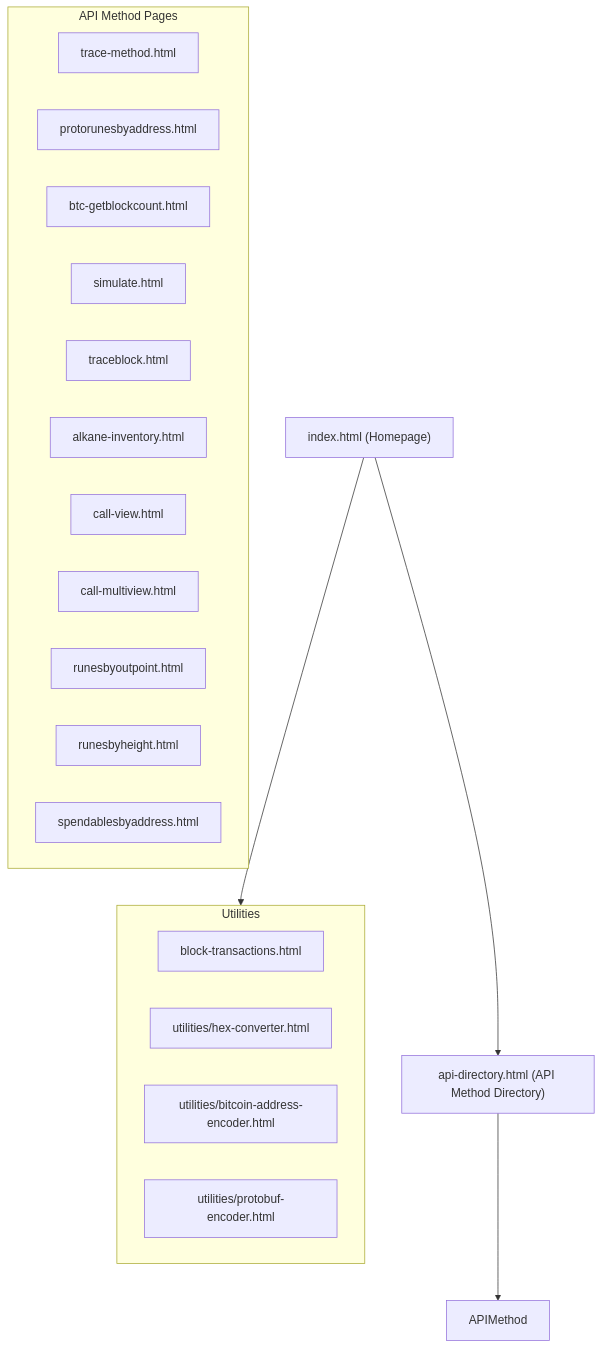
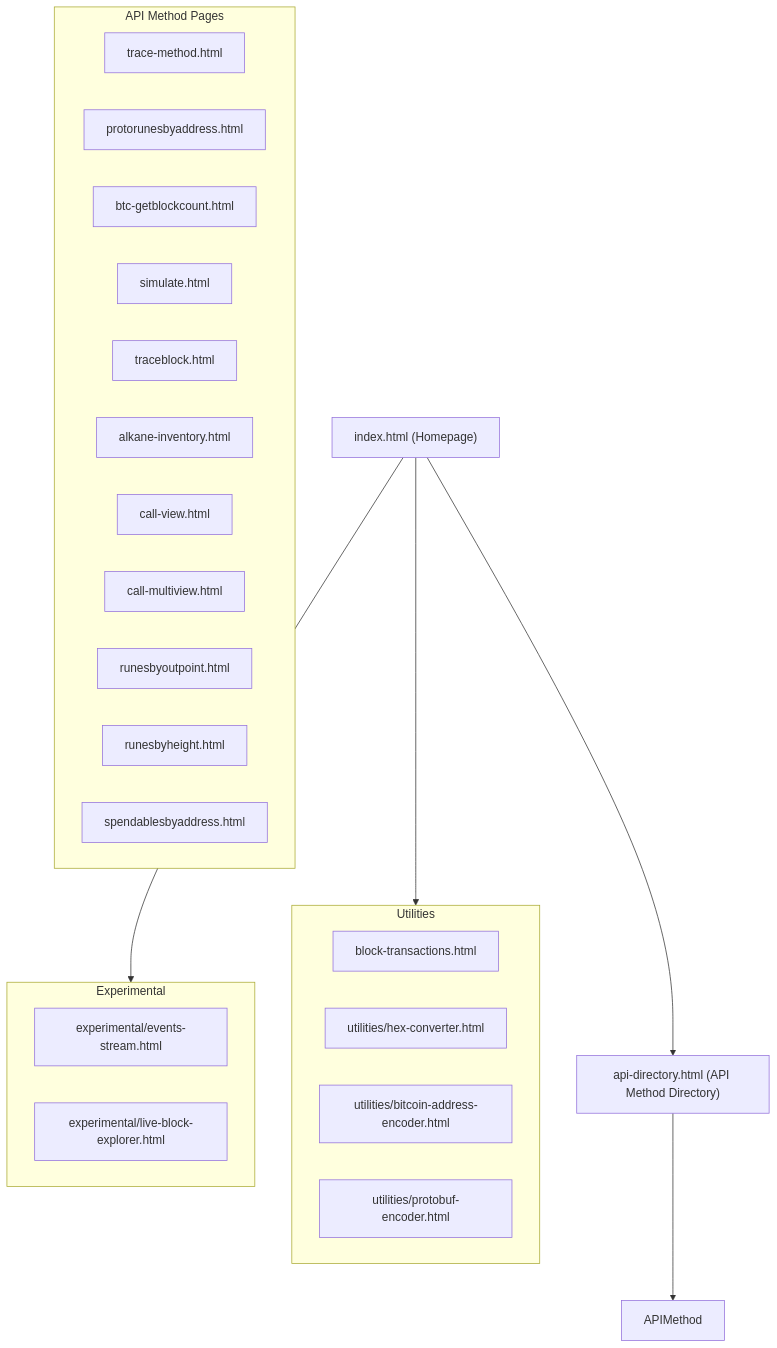
One commit to applewoodsmokedham/metagraph changed the diagram in docs/PRD.md. Above: the diagram before and after it, drawn with Mermaid. The commit also changed other lines of this file, not shown here.

First line of the commit message:
Move Events Stream to Experimental section in PRD

````diff
--- a/docs/PRD.md
+++ b/docs/PRD.md
@@ -17,33 +17,39 @@
 ```mermaid
 graph TD
     HomePage["index.html (Homepage)"]
     APIDirectory["api-directory.html (API Method Directory)"]
     
     subgraph "API Method Pages"
         TraceMethod["trace-method.html"]
         ProtorunesByAddress["protorunesbyaddress.html"]
         MetashrewHeight["btc-getblockcount.html"]
         Simulate["simulate.html"]
         TraceBlock["traceblock.html"]
         AlkaneInventory["alkane-inventory.html"]
         CallView["call-view.html"]
         CallMultiview["call-multiview.html"]
         RunesByOutpoint["runesbyoutpoint.html"]
         RunesByHeight["runesbyheight.html"]
         Spendables["spendablesbyaddress.html"]
     end
     
     subgraph "Utilities"
         BlockTransactions["block-transactions.html"]
         HexConverter["utilities/hex-converter.html"]
         BitcoinAddressEncoder["utilities/bitcoin-address-encoder.html"]
         ProtobufEncoder["utilities/protobuf-encoder.html"]
     end
     
+    subgraph "Experimental"
+        EventsStreamVisual["experimental/events-stream.html"]
+        LiveBlockExplorer["experimental/live-block-explorer.html"]
+    end
+    
     HomePage --> APIDirectory
     HomePage --> Utilities
+    HomePage --> Experimental
     APIDirectory --> APIMethod
     
     class HomePage homepage;
     class APIDirectory directory;
 ```
````
